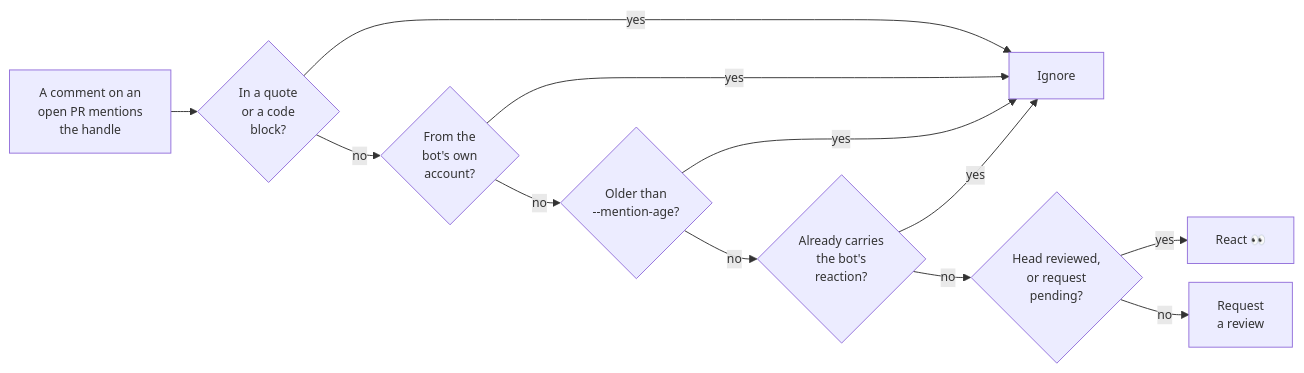
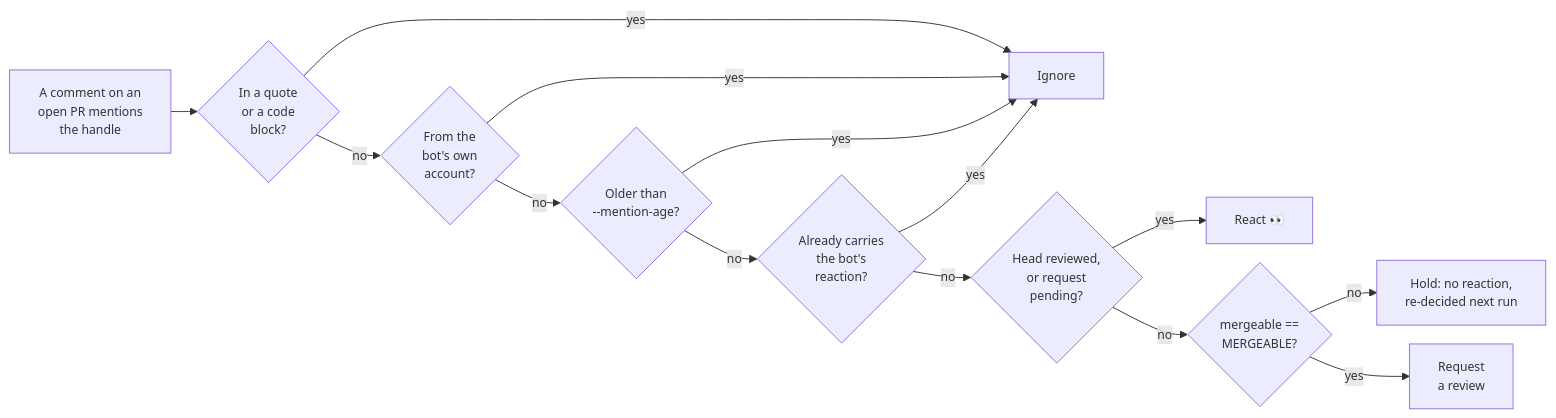
The fourth of 6 diagrams in copilot-review-bot/README.md (XRPLF/ai-automation), drawn with Mermaid before and after one commit. The commit also changed other lines of this file and 3 other files, not shown here.

````diff
--- a/copilot-review-bot/README.md
+++ b/copilot-review-bot/README.md
@@ -307,15 +349,17 @@
 ```mermaid
 %%{init: {'flowchart': {'nodeSpacing': 20, 'rankSpacing': 28}, 'themeVariables': {'fontSize': '13px'}}}%%
 flowchart LR
     A[A comment on an<br/>open PR mentions<br/>the handle] --> B{In a quote<br/>or a code<br/>block?}
     B -- yes --> I[Ignore]
     B -- no --> C{From the<br/>bot's own<br/>account?}
     C -- yes --> I
     C -- no --> D{Older than<br/>--mention-age?}
     D -- yes --> I
     D -- no --> E{Already carries<br/>the bot's<br/>reaction?}
     E -- yes --> I
     E -- no --> F{Head reviewed,<br/>or request<br/>pending?}
     F -- yes --> G[React 👀]
-    F -- no --> H[Request<br/>a review]
+    F -- no --> J{mergeable ==<br/>MERGEABLE?}
+    J -- no --> K[Hold: no reaction,<br/>re-decided next run]
+    J -- yes --> H[Request<br/>a review]
 ```
````
